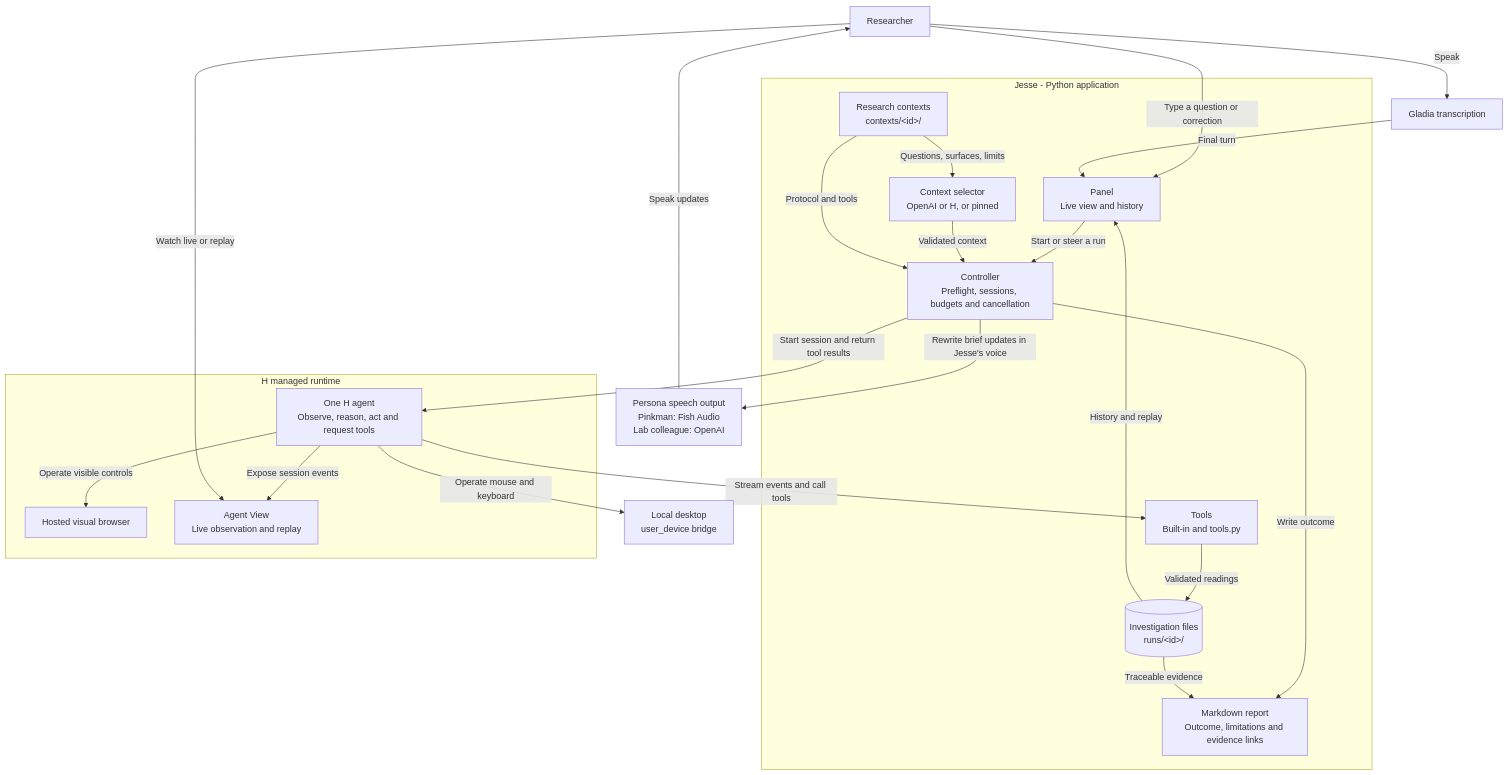
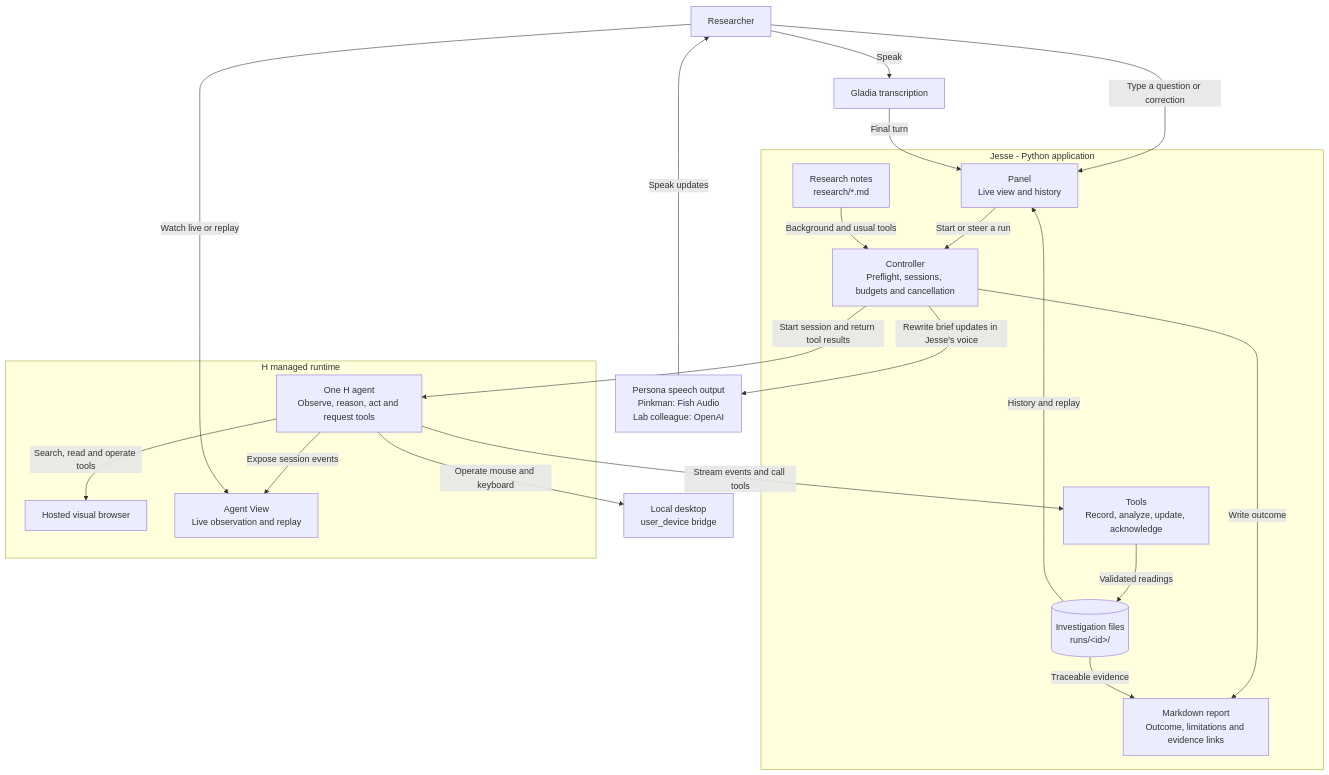
Before and after one commit to dirdr/Jesse: the diagram in AGENT.md, drawn with Mermaid. The commit also changed other lines of this file and 3 other files, not shown here.

Commit message:
docs: describe research notes workflow and update architecture

````diff
--- a/AGENT.md
+++ b/AGENT.md
@@ -61,44 +61,41 @@
 ```mermaid
 flowchart TB
     U["Researcher"]
     G["Gladia transcription"]
     T["Persona speech output<br/>Pinkman: Fish Audio<br/>Lab colleague: OpenAI"]
 
     subgraph LOCAL["Jesse - Python application"]
-        X["Research contexts<br/>contexts/&lt;id&gt;/"]
-        P["Context selector<br/>OpenAI or H, or pinned"]
+        X["Research notes<br/>research/*.md"]
         C["Controller<br/>Preflight, sessions, budgets and cancellation"]
-        K["Tools<br/>Built-in and tools.py"]
+        K["Tools<br/>Record, analyze, update, acknowledge"]
         F[("Investigation files<br/>runs/&lt;id&gt;/")]
         O["Markdown report<br/>Outcome, limitations and evidence links"]
         Y["Panel<br/>Live view and history"]
     end
 
     subgraph HAPI["H managed runtime"]
         H["One H agent<br/>Observe, reason, act and request tools"]
         W["Hosted visual browser"]
         V["Agent View<br/>Live observation and replay"]
     end
 
     D["Local desktop<br/>user_device bridge"]
 
     U -->|"Type a question or correction"| Y
     U -->|"Speak"| G
     G -->|"Final turn"| Y
     Y -->|"Start or steer a run"| C
-    X -->|"Questions, surfaces, limits"| P
-    P -->|"Validated context"| C
-    X -->|"Protocol and tools"| C
+    X -->|"Background and usual tools"| C
     C -->|"Start session and return tool results"| H
     H -->|"Stream events and call tools"| K
     K -->|"Validated readings"| F
-    H -->|"Operate visible controls"| W
+    H -->|"Search, read and operate tools"| W
     H -->|"Operate mouse and keyboard"| D
     C -->|"Write outcome"| O
     F -->|"Traceable evidence"| O
     F -->|"History and replay"| Y
     H -->|"Expose session events"| V
     U -->|"Watch live or replay"| V
     C -->|"Rewrite brief updates in Jesse's voice"| T
     T -->|"Speak updates"| U
 ```
````
